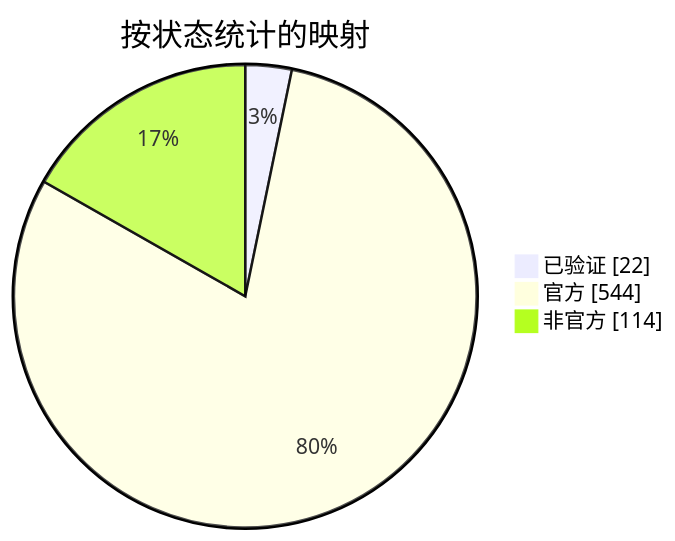
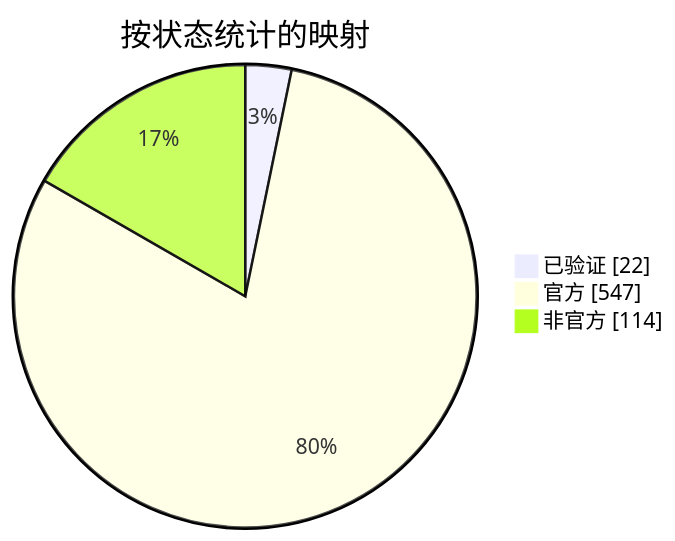
One commit to nobrega8/mbmap-library changed the diagram in docs/readme/README_ZHS.md. Above: the diagram before and after it, drawn with Mermaid. The commit also changed 8 other files, not shown here.

````diff
--- a/docs/readme/README_ZHS.md
+++ b/docs/readme/README_ZHS.md
@@ -54,7 +54,7 @@
 ```mermaid
 pie showData
     title 按状态统计的映射
     "已验证" : 22
-    "官方" : 544
+    "官方" : 547
     "非官方" : 114
 ```
````
